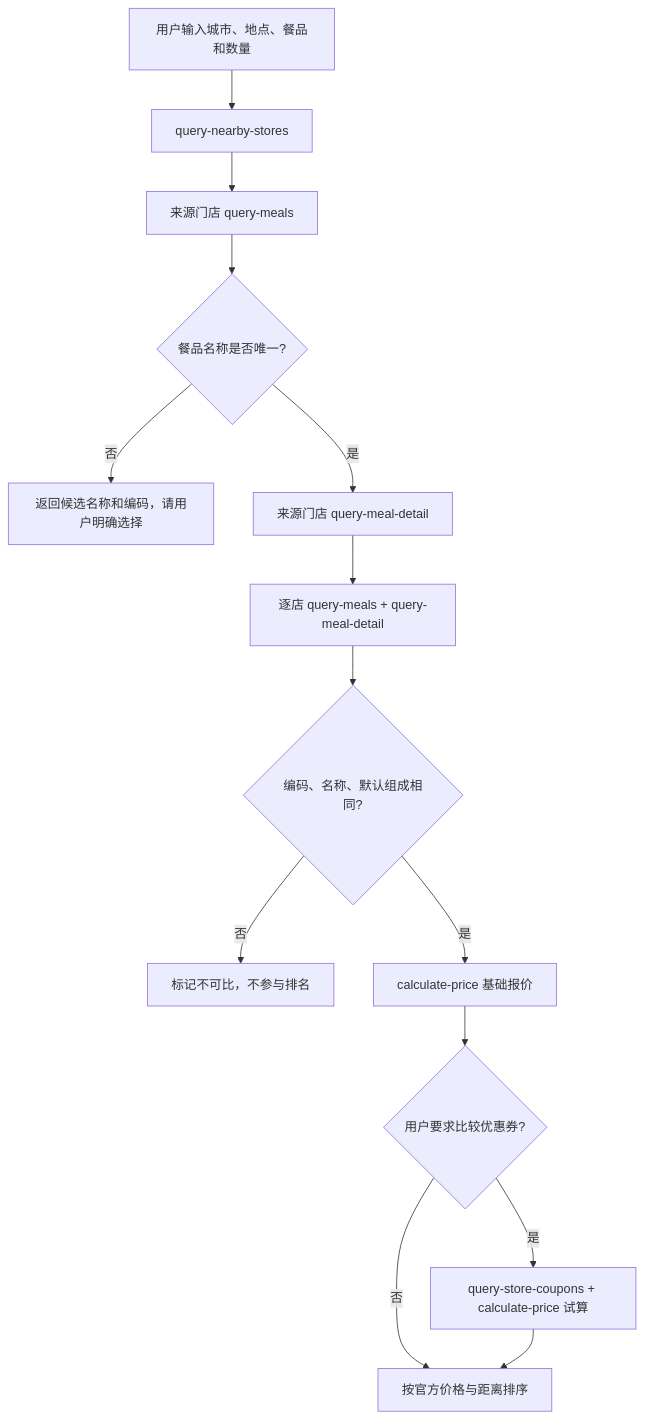
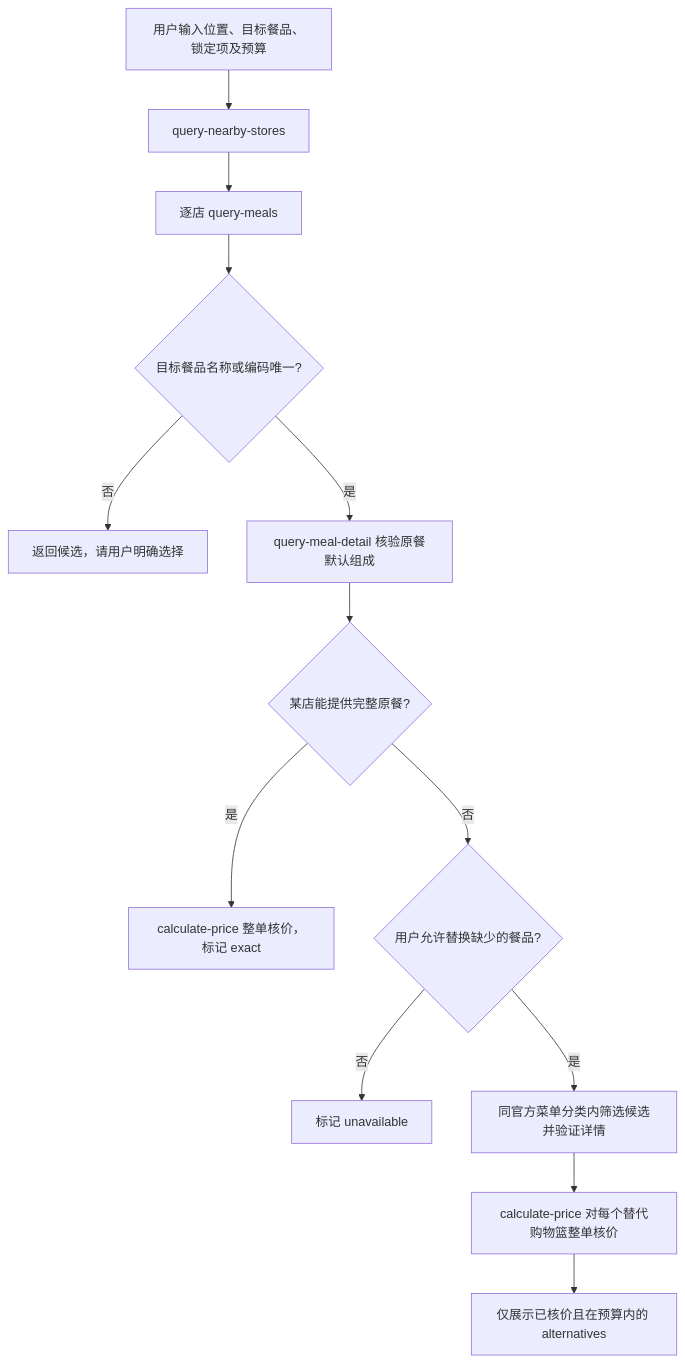
The diagram in MCP_INTEGRATION.md (dusensen000/mcd-where-to-buy), drawn with Mermaid before and after one commit. The commit also changed other lines of this file and 11 other files, not shown here.

Commit message:
Refocus MCP skill on verified meal alternatives

````diff
--- a/MCP_INTEGRATION.md
+++ b/MCP_INTEGRATION.md
@@ -27,16 +25,15 @@
 ```mermaid
 flowchart TD
-  A[用户输入城市、地点、餐品和数量] --> B[query-nearby-stores]
-  B --> C[来源门店 query-meals]
-  C --> D{餐品名称是否唯一?}
-  D -- 否 --> E[返回候选名称和编码，请用户明确选择]
-  D -- 是 --> F[来源门店 query-meal-detail]
-  F --> G[逐店 query-meals + query-meal-detail]
-  G --> H{编码、名称、默认组成相同?}
-  H -- 否 --> I[标记不可比，不参与排名]
-  H -- 是 --> J[calculate-price 基础报价]
-  J --> K{用户要求比较优惠券?}
-  K -- 是 --> L[query-store-coupons + calculate-price 试算]
-  K -- 否 --> M[按官方价格与距离排序]
-  L --> M
+  A[用户输入位置、目标餐品、锁定项及预算] --> B[query-nearby-stores]
+  B --> C[逐店 query-meals]
+  C --> D{目标餐品名称或编码唯一?}
+  D -- 否 --> E[返回候选，请用户明确选择]
+  D -- 是 --> F[query-meal-detail 核验原餐默认组成]
+  F --> G{某店能提供完整原餐?}
+  G -- 是 --> H[calculate-price 整单核价，标记 exact]
+  G -- 否 --> I{用户允许替换缺少的餐品?}
+  I -- 否 --> J[标记 unavailable]
+  I -- 是 --> K[同官方菜单分类内筛选候选并验证详情]
+  K --> L[calculate-price 对每个替代购物篮整单核价]
+  L --> M[仅展示已核价且在预算内的 alternatives]
 ```
````
